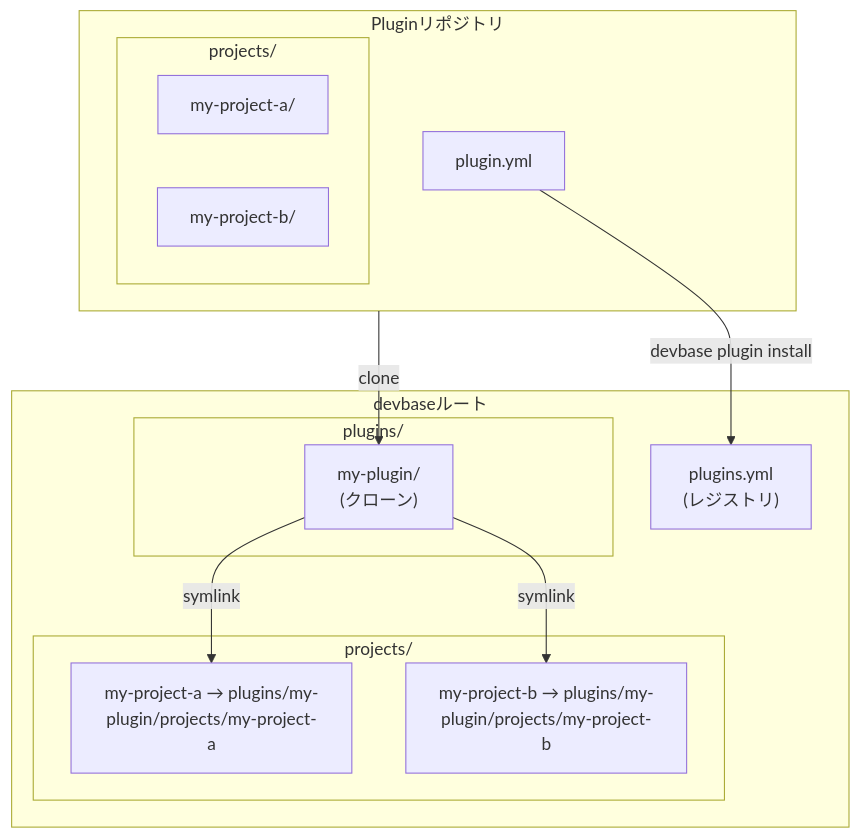
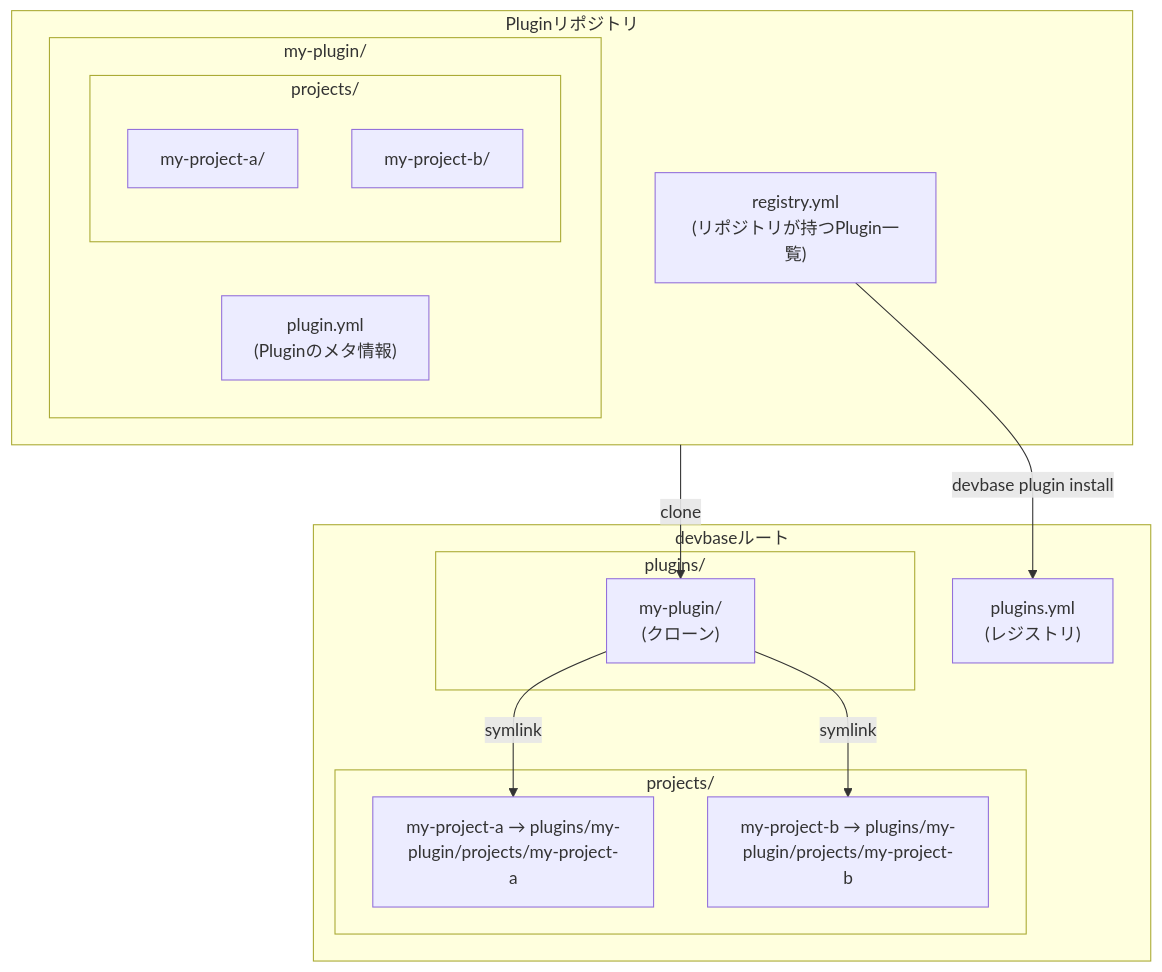
One commit to devbasex/devbase changed the first of 2 diagrams in docs/plugin-dev/plugin-yml-reference.md. Above: the diagram before and after it, drawn with Mermaid. The commit also changed other lines of this file and 9 other files, not shown here.

````diff
--- a/docs/plugin-dev/plugin-yml-reference.md
+++ b/docs/plugin-dev/plugin-yml-reference.md
@@ -10,24 +10,27 @@
 ```mermaid
 flowchart TB
     subgraph repo["Pluginリポジトリ"]
-        PY["plugin.yml"]
-        subgraph projects["projects/"]
-            P1["my-project-a/"]
-            P2["my-project-b/"]
+        RY["registry.yml<br/>(リポジトリが持つPlugin一覧)"]
+        subgraph plugin["my-plugin/"]
+            PY["plugin.yml<br/>(Pluginのメタ情報)"]
+            subgraph projects["projects/"]
+                P1["my-project-a/"]
+                P2["my-project-b/"]
+            end
         end
     end
     subgraph devbase["devbaseルート"]
         PS["plugins.yml<br/>(レジストリ)"]
         subgraph installed["plugins/"]
             IP["my-plugin/<br/>(クローン)"]
         end
         subgraph symlinks["projects/"]
             S1["my-project-a → plugins/my-plugin/projects/my-project-a"]
             S2["my-project-b → plugins/my-plugin/projects/my-project-b"]
         end
     end
-    PY -->|"devbase plugin install"| PS
+    RY -->|"devbase plugin install"| PS
     repo -->|clone| IP
     IP -->|symlink| S1
     IP -->|symlink| S2
 ```
````
